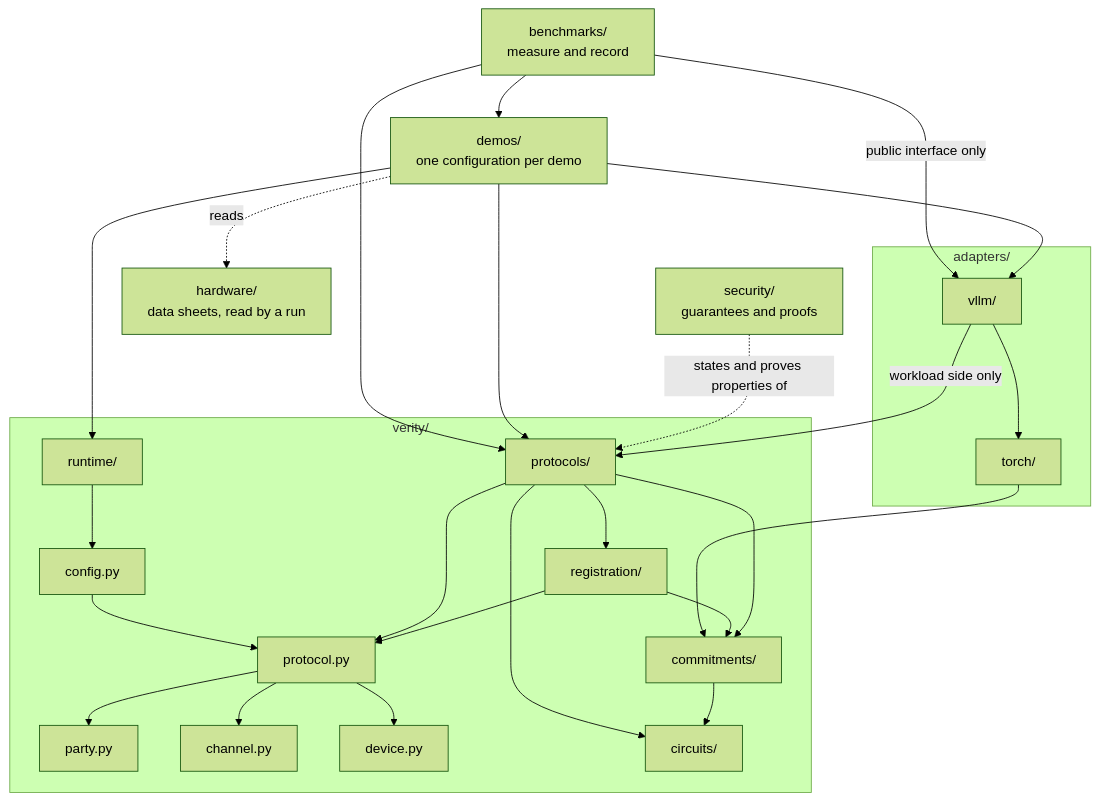
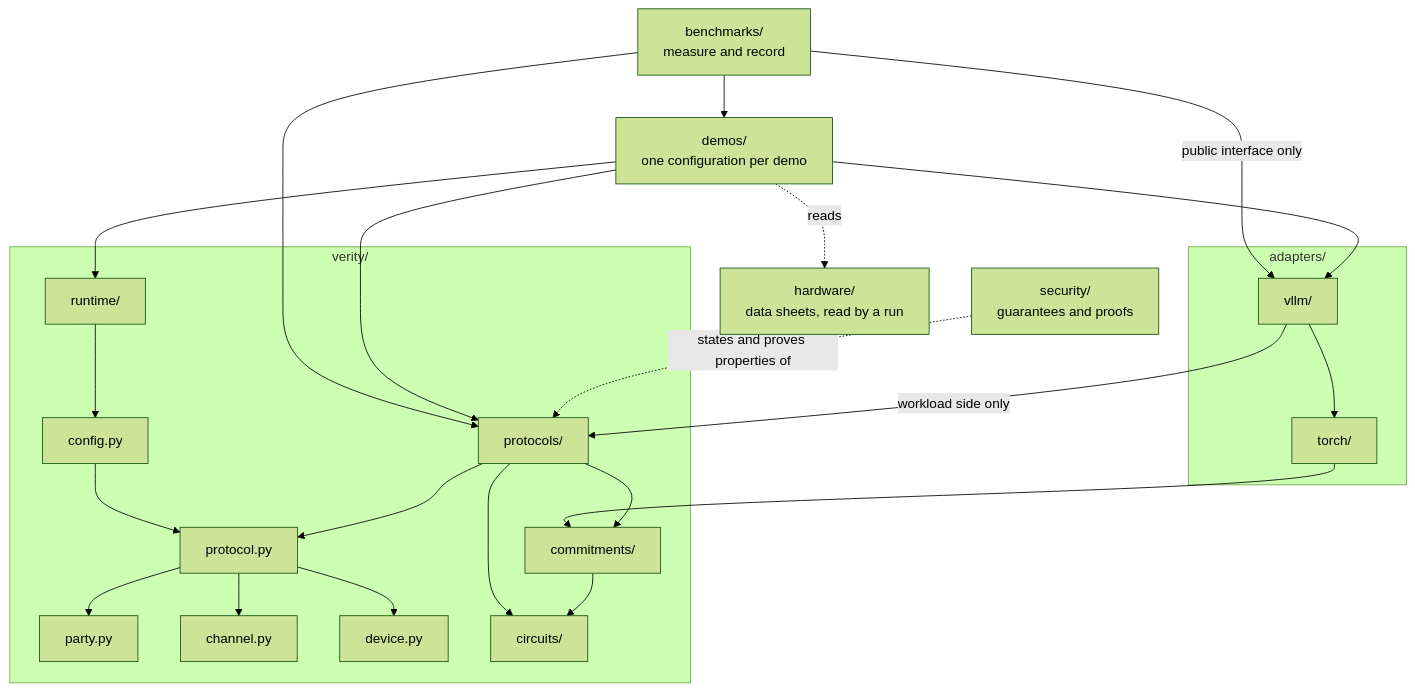
The third of 5 diagrams in inbox/ARCHFILE-page.md (compute-verification/verity), drawn with Mermaid (forest theme) before and after one commit. The commit also changed other lines of this file and 1 other file, not shown here.

Commit message:
inbox: ARCHFILE's export and brief, registration is an accounting protocol (Daniel, 11:58 PM PST)

````diff
--- a/inbox/ARCHFILE-page.md
+++ b/inbox/ARCHFILE-page.md
@@ -108,46 +108,42 @@
 ```mermaid
 flowchart TD
     bench["benchmarks/<br/>measure and record"]
     demos["demos/<br/>one configuration per demo"]
     hw["hardware/<br/>data sheets, read by a run"]
     subgraph adapters["adapters/"]
         vllm["vllm/"]
         torch["torch/"]
     end
     subgraph verity["verity/"]
         runtime["runtime/"]
         config["config.py"]
         protocol["protocol.py"]
         party["party.py"]
         channel["channel.py"]
         device["device.py"]
         protocols["protocols/"]
-        registration["registration/"]
         commitments["commitments/"]
         circuits["circuits/"]
     end
     security["security/<br/>guarantees and proofs"]
     bench --> demos
     bench --> protocols
     bench -- "public interface only" --> vllm
     demos --> runtime
     demos --> vllm
     demos --> protocols
     demos -. "reads" .-> hw
     vllm --> torch
     vllm -- "workload side only" --> protocols
     torch --> commitments
     runtime --> config
     config --> protocol
     protocol --> party
     protocol --> channel
     protocol --> device
     protocols --> protocol
-    protocols --> registration
-    registration --> protocol
-    registration --> commitments
     protocols --> commitments
     protocols --> circuits
     commitments --> circuits
     security -. "states and proves properties of" .-> protocols
 ```
````
